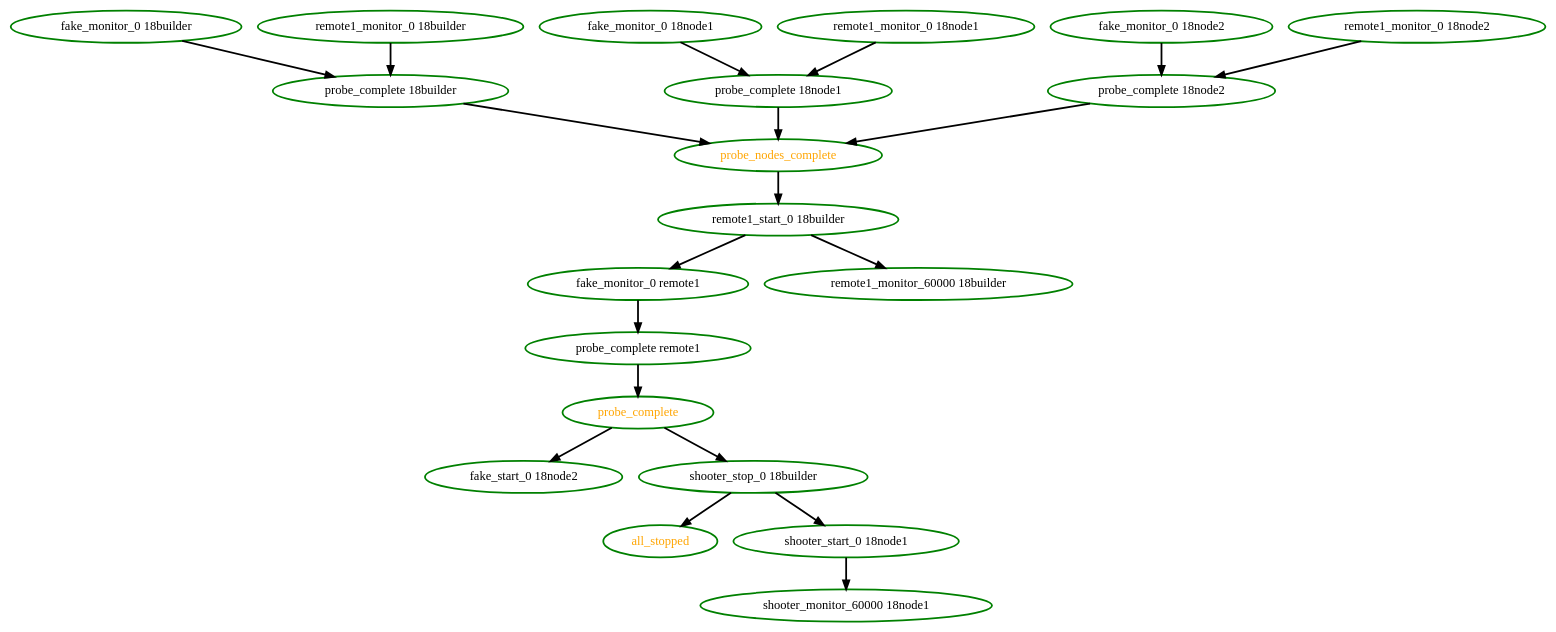
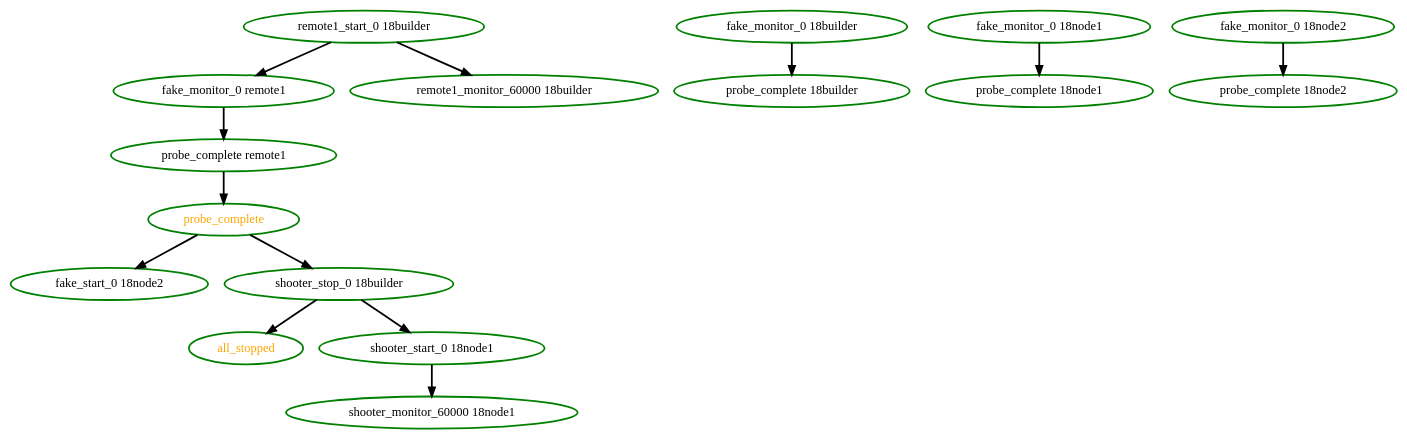
One commit to ClusterLabs/pacemaker changed the diagram in pengine/test10/remote-startup.dot. Above: the diagram before and after it, drawn with Graphviz. The commit also changed 8 other files, not shown here.

```diff
--- a/pengine/test10/remote-startup.dot
+++ b/pengine/test10/remote-startup.dot
@@ -1,41 +1,30 @@
  digraph "g" {
 "all_stopped" [ style=bold color="green" fontcolor="orange"]
 "fake_monitor_0 18builder" -> "probe_complete 18builder" [ style = bold]
 "fake_monitor_0 18builder" [ style=bold color="green" fontcolor="black"]
 "fake_monitor_0 18node1" -> "probe_complete 18node1" [ style = bold]
 "fake_monitor_0 18node1" [ style=bold color="green" fontcolor="black"]
 "fake_monitor_0 18node2" -> "probe_complete 18node2" [ style = bold]
 "fake_monitor_0 18node2" [ style=bold color="green" fontcolor="black"]
 "fake_monitor_0 remote1" -> "probe_complete remote1" [ style = bold]
 "fake_monitor_0 remote1" [ style=bold color="green" fontcolor="black"]
 "fake_start_0 18node2" [ style=bold color="green" fontcolor="black"]
-"probe_complete 18builder" -> "probe_nodes_complete" [ style = bold]
 "probe_complete 18builder" [ style=bold color="green" fontcolor="black"]
-"probe_complete 18node1" -> "probe_nodes_complete" [ style = bold]
 "probe_complete 18node1" [ style=bold color="green" fontcolor="black"]
-"probe_complete 18node2" -> "probe_nodes_complete" [ style = bold]
 "probe_complete 18node2" [ style=bold color="green" fontcolor="black"]
 "probe_complete remote1" -> "probe_complete" [ style = bold]
 "probe_complete remote1" [ style=bold color="green" fontcolor="black"]
 "probe_complete" -> "fake_start_0 18node2" [ style = bold]
 "probe_complete" -> "shooter_stop_0 18builder" [ style = bold]
 "probe_complete" [ style=bold color="green" fontcolor="orange"]
-"probe_nodes_complete" -> "remote1_start_0 18builder" [ style = bold]
-"probe_nodes_complete" [ style=bold color="green" fontcolor="orange"]
-"remote1_monitor_0 18builder" -> "probe_complete 18builder" [ style = bold]
-"remote1_monitor_0 18builder" [ style=bold color="green" fontcolor="black"]
-"remote1_monitor_0 18node1" -> "probe_complete 18node1" [ style = bold]
-"remote1_monitor_0 18node1" [ style=bold color="green" fontcolor="black"]
-"remote1_monitor_0 18node2" -> "probe_complete 18node2" [ style = bold]
-"remote1_monitor_0 18node2" [ style=bold color="green" fontcolor="black"]
 "remote1_monitor_60000 18builder" [ style=bold color="green" fontcolor="black"]
 "remote1_start_0 18builder" -> "fake_monitor_0 remote1" [ style = bold]
 "remote1_start_0 18builder" -> "remote1_monitor_60000 18builder" [ style = bold]
 "remote1_start_0 18builder" [ style=bold color="green" fontcolor="black"]
 "shooter_monitor_60000 18node1" [ style=bold color="green" fontcolor="black"]
 "shooter_start_0 18node1" -> "shooter_monitor_60000 18node1" [ style = bold]
 "shooter_start_0 18node1" [ style=bold color="green" fontcolor="black"]
 "shooter_stop_0 18builder" -> "all_stopped" [ style = bold]
 "shooter_stop_0 18builder" -> "shooter_start_0 18node1" [ style = bold]
 "shooter_stop_0 18builder" [ style=bold color="green" fontcolor="black"]
 }
```
